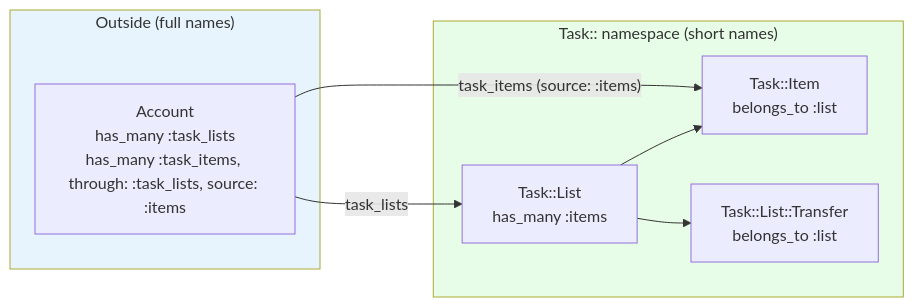
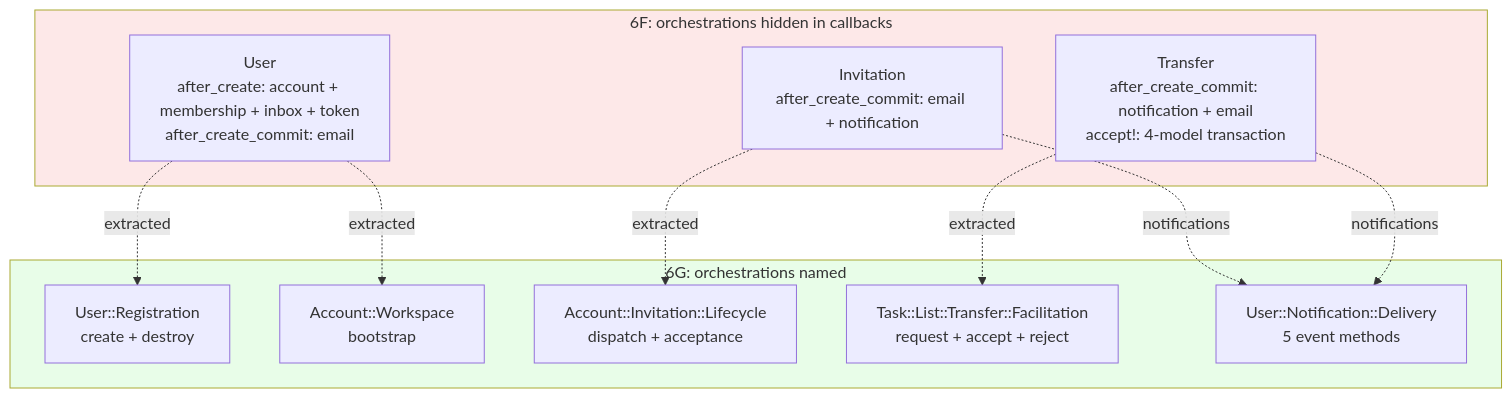
The second of 2 diagrams in README.md (railswhey/app), drawn with Mermaid before and after one commit. The commit also changed other lines of this file and 31 other files, not shown here.

Commit message:
6G: Naming the orchestrations that callbacks were hiding

````diff
--- a/README.md
+++ b/README.md
@@ -147,20 +206,26 @@
 ```mermaid
-flowchart LR
-  subgraph TaskNS["Task:: namespace (short names)"]
-    TL["Task::List<br/>has_many :items"]
-    TI["Task::Item<br/>belongs_to :list"]
-    TLT["Task::List::Transfer<br/>belongs_to :list"]
+flowchart TD
+  subgraph Before["6F: orchestrations hidden in callbacks"]
+    U["User<br/>after_create: account + membership + inbox + token<br/>after_create_commit: email"]
+    I["Invitation<br/>after_create_commit: email + notification"]
+    T["Transfer<br/>after_create_commit: notification + email<br/>accept!: 4-model transaction"]
   end
 
-  subgraph Outside["Outside (full names)"]
-    ACC["Account<br/>has_many :task_lists<br/>has_many :task_items, through: :task_lists, source: :items"]
+  subgraph After["6G: orchestrations named"]
+    UR["User::Registration<br/>create + destroy"]
+    AW["Account::Workspace<br/>bootstrap"]
+    IL["Account::Invitation::Lifecycle<br/>dispatch + acceptance"]
+    TF["Task::List::Transfer::Facilitation<br/>request + accept + reject"]
+    ND["User::Notification::Delivery<br/>5 event methods"]
   end
 
-  TL --> TI
-  TL --> TLT
-  ACC -->|"task_lists"| TL
-  ACC -->|"task_items (source: :items)"| TI
+  U -.->|"extracted"| UR
+  U -.->|"extracted"| AW
+  I -.->|"extracted"| IL
+  T -.->|"extracted"| TF
+  I -.->|"notifications"| ND
+  T -.->|"notifications"| ND
 
-  style TaskNS fill:#e8fde8
-  style Outside fill:#e8f4fd
+  style Before fill:#fde8e8
+  style After fill:#e8fde8
 ```
````
